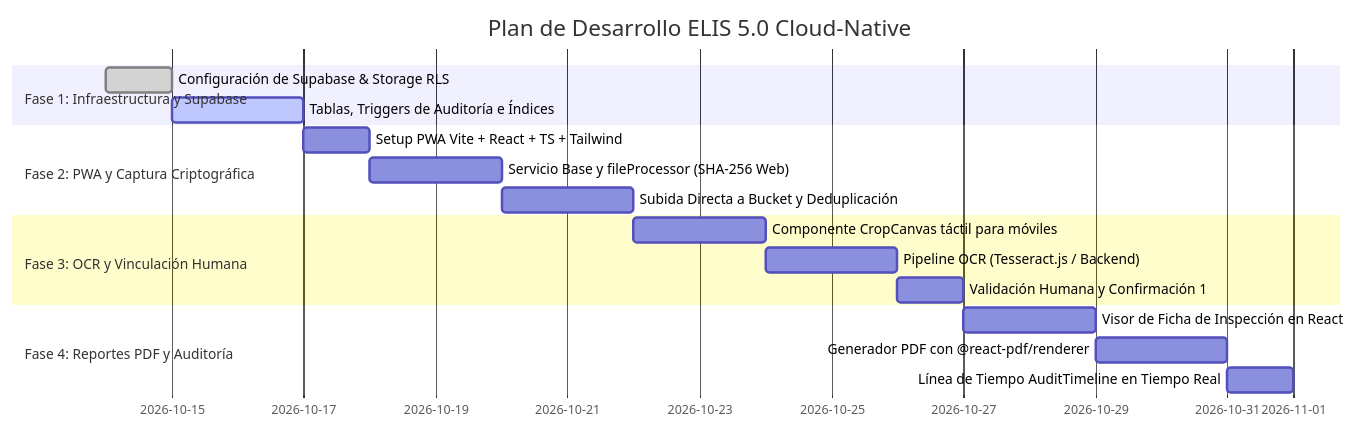
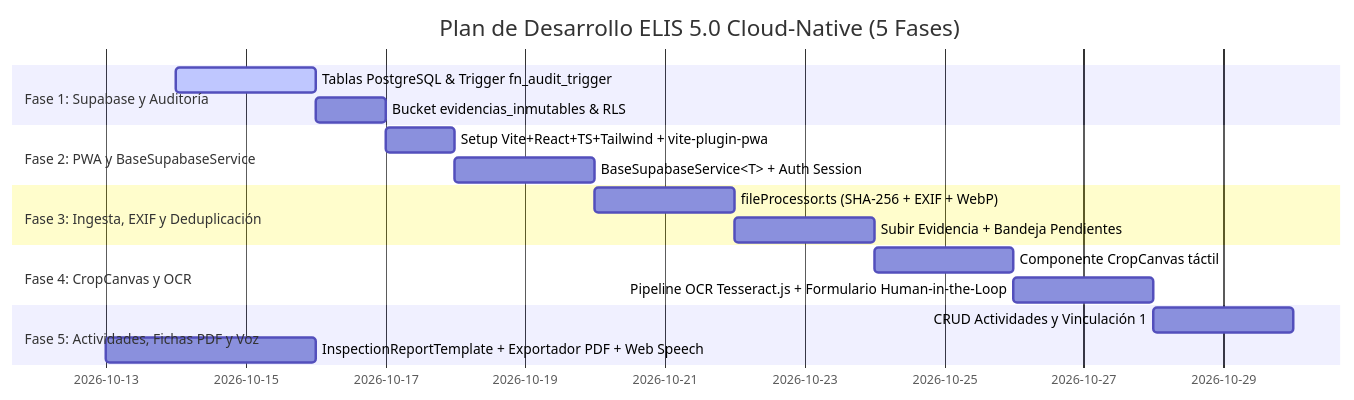
One commit to Tiburonchin/ELIS_5.vs2.2 changed the third of 3 diagrams in ARQUITECTURA_Y_ESPECIFICACION_MODERNA.md. Above: the diagram before and after it, drawn with Mermaid. The commit also changed other lines of this file, not shown here.

Commit message:
docs: detallar roadmap formal de 5 fases (Supabase, PWA, Ingesta SHA-256, CropCanvas OCR, Fichas PDF)

````diff
--- a/ARQUITECTURA_Y_ESPECIFICACION_MODERNA.md
+++ b/ARQUITECTURA_Y_ESPECIFICACION_MODERNA.md
@@ -349,20 +349,20 @@
 ```mermaid
 gantt
-    title Plan de Desarrollo ELIS 5.0 Cloud-Native
+    title Plan de Desarrollo ELIS 5.0 Cloud-Native (5 Fases)
     dateFormat  YYYY-MM-DD
-    section Fase 1: Infraestructura y Supabase
-    Configuración de Supabase & Storage RLS      :done, f1_1, 2026-10-14, 1d
-    Tablas, Triggers de Auditoría e Índices      :active, f1_2, 2026-10-15, 2d
-    section Fase 2: PWA y Captura Criptográfica
-    Setup PWA Vite + React + TS + Tailwind       :f2_1, 2026-10-17, 1d
-    Servicio Base y fileProcessor (SHA-256 Web)  :f2_2, 2026-10-18, 2d
-    Subida Directa a Bucket y Deduplicación      :f2_3, 2026-10-20, 2d
-    section Fase 3: OCR y Vinculación Humana
-    Componente CropCanvas táctil para móviles    :f3_1, 2026-10-22, 2d
-    Pipeline OCR (Tesseract.js / Backend)        :f3_2, 2026-10-24, 2d
-    Validación Humana y Confirmación 1:1         :f3_3, 2026-10-26, 1d
-    section Fase 4: Reportes PDF y Auditoría
-    Visor de Ficha de Inspección en React        :f4_1, 2026-10-27, 2d
-    Generador PDF con @react-pdf/renderer        :f4_2, 2026-10-29, 2d
-    Línea de Tiempo AuditTimeline en Tiempo Real :f4_3, 2026-10-31, 1d
+    section Fase 1: Supabase y Auditoría
+    Tablas PostgreSQL & Trigger fn_audit_trigger  :active, f1_1, 2026-10-14, 2d
+    Bucket evidencias_inmutables & RLS :f1_2, after f1_1, 1d
+    section Fase 2: PWA y BaseSupabaseService
+    Setup Vite+React+TS+Tailwind + vite-plugin-pwa :f2_1, 2026-10-17, 1d
+    BaseSupabaseService<T> + Auth Session :f2_2, after f2_1, 2d
+    section Fase 3: Ingesta, EXIF y Deduplicación
+    fileProcessor.ts (SHA-256 + EXIF + WebP) :f3_1, 2026-10-20, 2d
+    Subir Evidencia + Bandeja Pendientes :f3_2, after f3_1, 2d
+    section Fase 4: CropCanvas y OCR
+    Componente CropCanvas táctil :f4_1, 2026-10-24, 2d
+    Pipeline OCR Tesseract.js + Formulario Human-in-the-Loop :f4_2, after f4_1, 2d
+    section Fase 5: Actividades, Fichas PDF y Voz
+    CRUD Actividades y Vinculación 1:1 :f5_1, 2026-10-28, 2d
+    InspectionReportTemplate + Exportador PDF + Web Speech :f5_2, after f5_1, 3d
 ```
````
